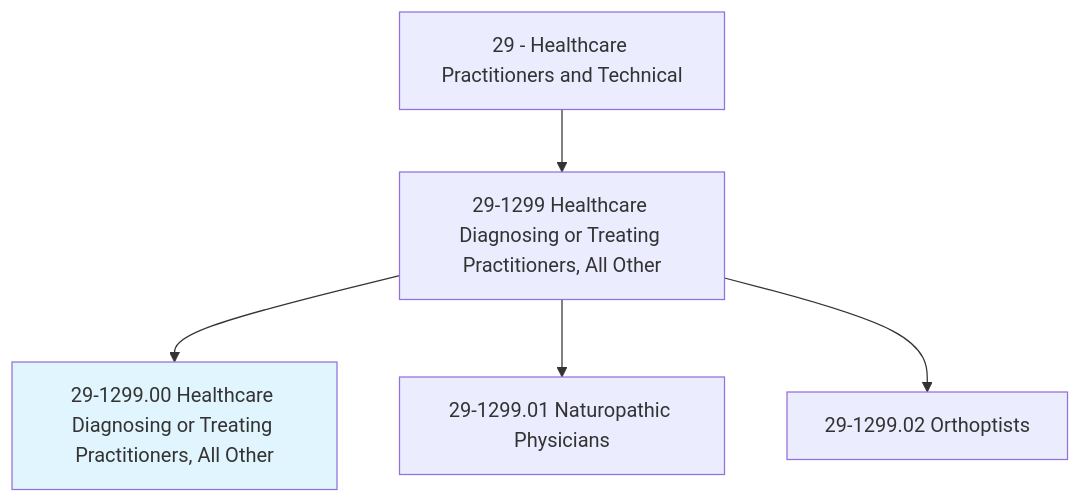
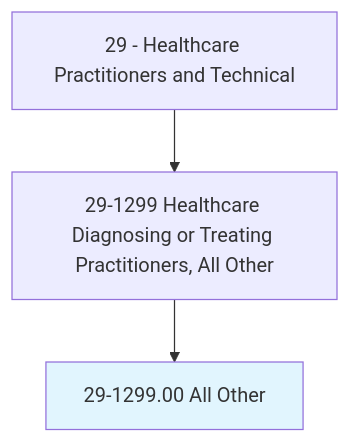
Before and after one commit to kziemski/business.org.ai: the first of 2 diagrams in occupations/HealthcarePractitioners/HealthcareDiagnosingORTreatingPractitioners.mdx, drawn with Mermaid. The commit also changed other lines of this file and 938 other files, not shown here.

````diff
--- a/occupations/HealthcarePractitioners/HealthcareDiagnosingORTreatingPractitioners.mdx
+++ b/occupations/HealthcarePractitioners/HealthcareDiagnosingORTreatingPractitioners.mdx
@@ -19,8 +23,6 @@
 ```mermaid
 graph TD
     Cat29["29 - Healthcare Practitioners and Technical"] --> Group291299["29-1299 Healthcare Diagnosing or Treating Practitioners, All Other"]
-    Group291299 --> Current["29-1299.00 Healthcare Diagnosing or Treating Practitioners, All Other"]
+    Group291299 --> Current["29-1299.00 All Other"]
     style Current fill:#e1f5fe
-    Group291299 --> V29129901["29-1299.01 Naturopathic Physicians"]
-    Group291299 --> V29129902["29-1299.02 Orthoptists"]
 ```
````
